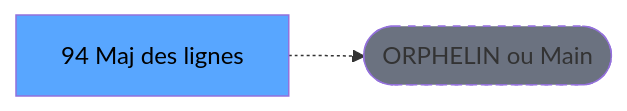
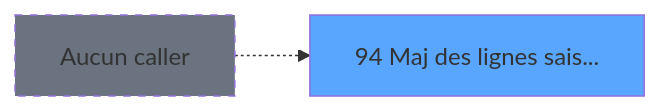
The second of 3 diagrams in .openspec/specs/ADH-IDE-94.md (thonyAGP/lecteur-magic), drawn with Mermaid before and after one commit. The commit also changed other lines of this file and 96 other files, not shown here.

````diff
--- a/.openspec/specs/ADH-IDE-94.md
+++ b/.openspec/specs/ADH-IDE-94.md
@@ -120,8 +199,8 @@
 ```mermaid
 graph LR
-    T[94 Maj des lignes ]
-    ORPHAN([ORPHELIN ou Main])
-    T -.-> ORPHAN
-    style T fill:#58a6ff,color:#000
-    style ORPHAN fill:#6b7280,stroke-dasharray: 5 5
+    T94[94 Maj des lignes sais...]
+    style T94 fill:#58a6ff
+    NONE[Aucun caller]
+    NONE -.-> T94
+    style NONE fill:#6b7280,stroke-dasharray: 5 5
 ```
````
